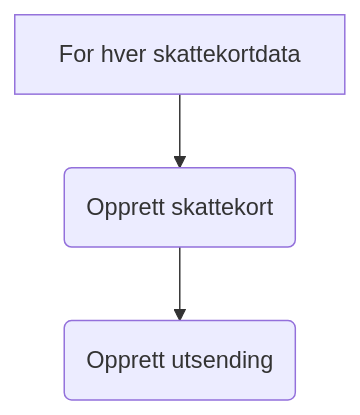
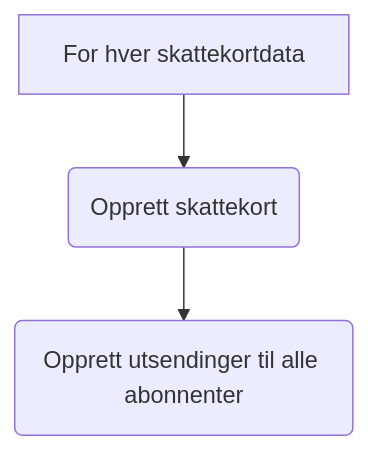
Before and after one commit to navikt/sokos-skattekort: the sixth of 9 diagrams in dokumentasjon/arkitektur/workflows.md, drawn with Mermaid. The commit also changed other lines of this file and 6 other files, not shown here.

````diff
--- a/dokumentasjon/arkitektur/workflows.md
+++ b/dokumentasjon/arkitektur/workflows.md
@@ -74,4 +80,4 @@
 ```mermaid
 flowchart TD
-    B["For hver skattekortdata"] --> BB(Opprett skattekort) --> OB(Opprett utsending)
+    B["For hver skattekortdata"] --> BB(Opprett skattekort) --> OB(Opprett utsendinger til alle abonnenter)
 ```
````
